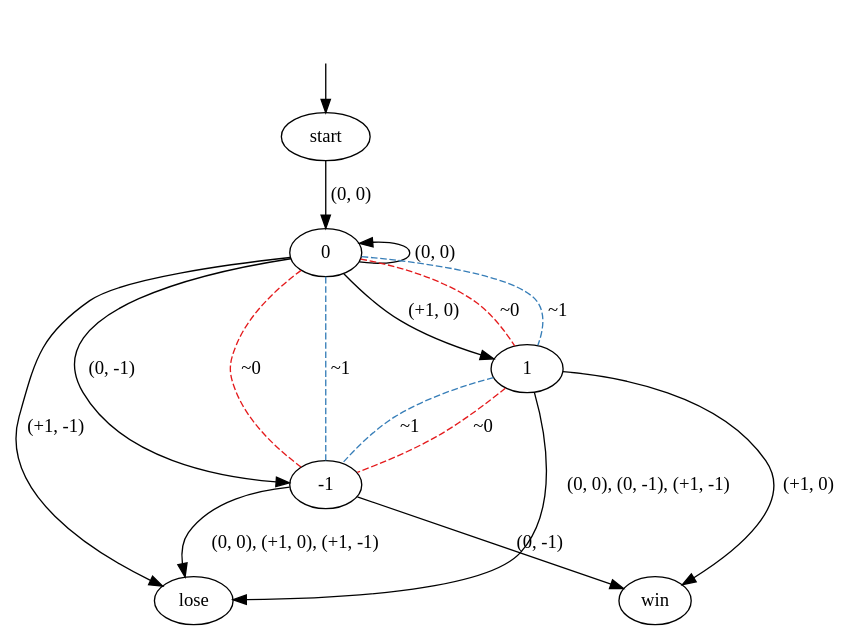
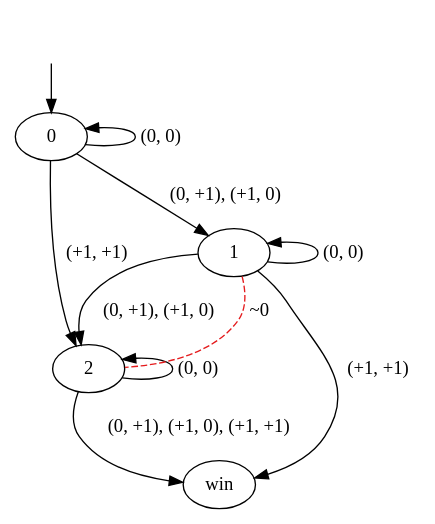
Before and after one commit to olandr/mkbsc: the diagram in pictures/G.dot, drawn with Graphviz. The commit also changed 6 other files, not shown here.

```diff
--- a/pictures/G.dot
+++ b/pictures/G.dot
@@ -1,29 +1,21 @@
 digraph  {
 concentrate=False;
 nodesep=0.5;
 ranksep=0.5;
 splines=True;
-4492280944 [label=start];
-4492570240 [label=0];
-4492570296 [label=1];
-4647954304 [label=win];
-4492599704 [label="-1"];
-4647953856 [label=lose];
+4318616488 [label=2];
+4318616544 [label=win];
+4318327136 [label=0];
+4318327920 [label=1];
 hidden [label="", shape=none];
-4492280944 -> 4492570240  [action="('0', '0')", key="('0', '0')", label="(0, 0)"];
-4492570240 -> 4492570240  [action="('0', '0')", dir=back, key="('0', '0')", label="(0, 0)"];
-4492570240 -> 4492599704  [action="('0', '-1')", key="('0', '-1')", label="(0, -1)"];
-4492570240 -> 4492599704  [arrowhead=none, color=1, colorscheme=set19, constraint=True, key=1, label="~0", style=dashed];
-4492570240 -> 4492599704  [arrowhead=none, color=2, colorscheme=set19, constraint=True, key=2, label="~1", style=dashed];
-4492570240 -> 4492570296  [action="('+1', '0')", key="('+1', '0')", label="(+1, 0)"];
-4492570240 -> 4492570296  [arrowhead=none, color=1, colorscheme=set19, constraint=True, key=1, label="~0", style=dashed];
-4492570240 -> 4492570296  [arrowhead=none, color=2, colorscheme=set19, constraint=True, key=2, label="~1", style=dashed];
-4492570240 -> 4647953856  [action="('+1', '-1')", key="('+1', '-1')", label="(+1, -1)"];
-4492570296 -> 4647954304  [action="('+1', '0')", key="('+1', '0')", label="(+1, 0)"];
-4492570296 -> 4647953856  [action="(('0', '0'), ('0', '-1'), ('+1', '-1'))", key="(('0', '0'), ('0', '-1'), ('+1', '-1'))", label="(0, 0), (0, -1), (+1, -1)"];
-4492570296 -> 4492599704  [arrowhead=none, color=1, colorscheme=set19, constraint=True, key=0, label="~0", style=dashed];
-4492570296 -> 4492599704  [arrowhead=none, color=2, colorscheme=set19, constraint=True, key=1, label="~1", style=dashed];
-4492599704 -> 4647954304  [action="('0', '-1')", key="('0', '-1')", label="(0, -1)"];
-4492599704 -> 4647953856  [action="(('0', '0'), ('+1', '0'), ('+1', '-1'))", key="(('0', '0'), ('+1', '0'), ('+1', '-1'))", label="(0, 0), (+1, 0), (+1, -1)"];
-hidden -> 4492280944  [key=0];
+4318616488 -> 4318616488  [action="('0', '0')", dir=back, key="('0', '0')", label="(0, 0)"];
+4318616488 -> 4318616544  [action="(('0', '+1'), ('+1', '0'), ('+1', '+1'))", key="(('0', '+1'), ('+1', '0'), ('+1', '+1'))", label="(0, +1), (+1, 0), (+1, +1)"];
+4318327136 -> 4318327136  [action="('0', '0')", dir=back, key="('0', '0')", label="(0, 0)"];
+4318327136 -> 4318616488  [action="('+1', '+1')", key="('+1', '+1')", label="(+1, +1)"];
+4318327136 -> 4318327920  [action="(('0', '+1'), ('+1', '0'))", key="(('0', '+1'), ('+1', '0'))", label="(0, +1), (+1, 0)"];
+4318327920 -> 4318327920  [action="('0', '0')", dir=back, key="('0', '0')", label="(0, 0)"];
+4318327920 -> 4318616544  [action="('+1', '+1')", key="('+1', '+1')", label="(+1, +1)"];
+4318327920 -> 4318616488  [action="(('0', '+1'), ('+1', '0'))", key="(('0', '+1'), ('+1', '0'))", label="(0, +1), (+1, 0)"];
+4318327920 -> 4318616488  [arrowhead=none, color=1, colorscheme=set19, constraint=True, key=1, label="~0", style=dashed];
+hidden -> 4318327136  [key=0];
 }
```
